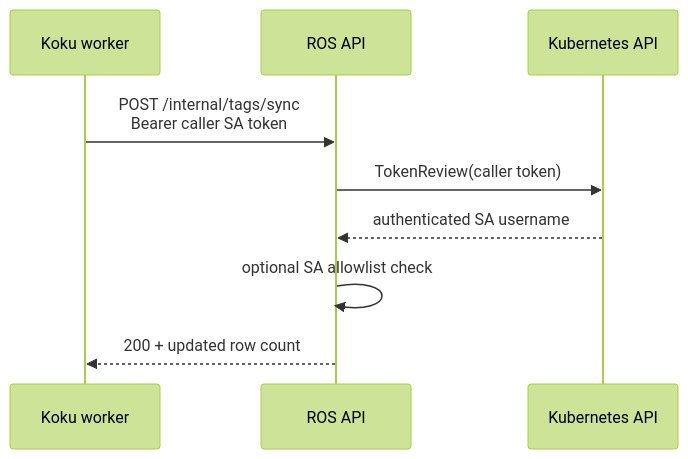
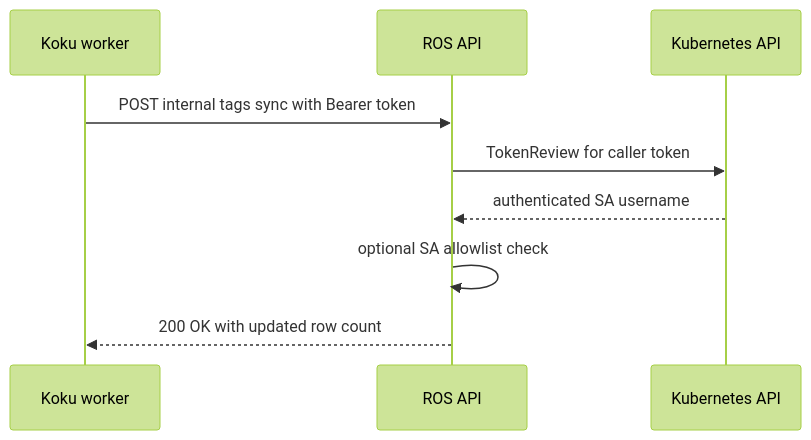
Before and after one commit to pgarciaq/ros-ocp-backend: the diagram in docs/operations/tag-sync-auth.md, drawn with Mermaid (forest theme). The commit also changed 3 other files, not shown here.

First line of the commit message:
Fix remaining Mermaid v11 syntax errors in tag-filtering docs.

````diff
--- a/docs/operations/tag-sync-auth.md
+++ b/docs/operations/tag-sync-auth.md
@@ -57,11 +57,11 @@
 ```mermaid
 sequenceDiagram
     participant KW as Koku worker
     participant ROS as ROS API
     participant K8s as Kubernetes API
-    KW->>ROS: POST /internal/tags/sync<br/>Bearer caller SA token
-    ROS->>K8s: TokenReview(caller token)
+    KW->>ROS: POST internal tags sync with Bearer token
+    ROS->>K8s: TokenReview for caller token
     K8s-->>ROS: authenticated SA username
     ROS->>ROS: optional SA allowlist check
-    ROS-->>KW: 200 + updated row count
+    ROS-->>KW: 200 OK with updated row count
 ```
````
